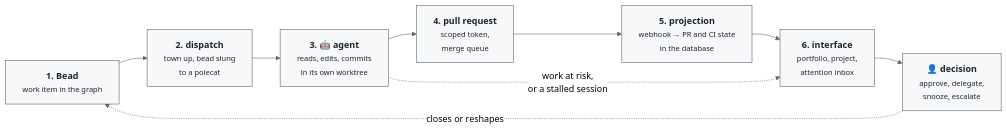
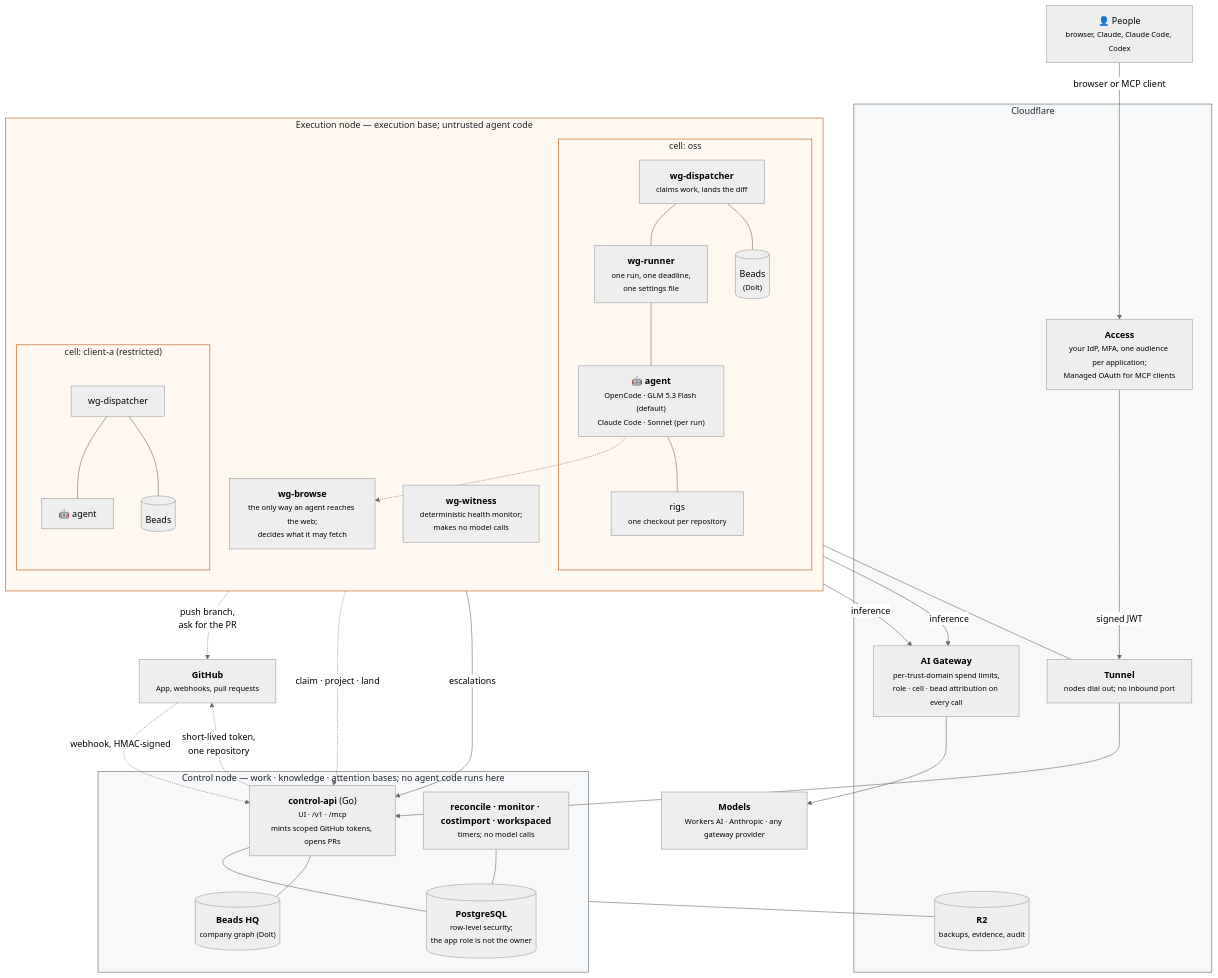
One commit to datopian/openbases changed the second of 2 diagrams in README.md. Above: the diagram before and after it, drawn with Mermaid (neutral theme). The commit also changed other lines of this file, not shown here.

First line of the commit message:
README: OpenBases, with the outdated and unverifiable parts fixed (#242)

````diff
--- a/README.md
+++ b/README.md
@@ -147,17 +118,68 @@
 ```mermaid
-flowchart LR
-    bead["<b>1. Bead</b><br/><small>work item in the graph</small>"]
-    sling["<b>2. dispatch</b><br/><small>town up, bead slung<br/>to a polecat</small>"]
-    agent["<b>3. 🤖 agent</b><br/><small>reads, edits, commits<br/>in its own worktree</small>"]
-    pr["<b>4. pull request</b><br/><small>scoped token,<br/>merge queue</small>"]
-    proj["<b>5. projection</b><br/><small>webhook → PR and CI state<br/>in the database</small>"]
-    ui["<b>6. interface</b><br/><small>portfolio, project,<br/>attention inbox</small>"]
-    human["👤 <b>decision</b><br/><small>approve, delegate,<br/>snooze, escalate</small>"]
+flowchart TB
+    person["👤 People<br/><small>browser, Claude, Claude Code, Codex</small>"]
 
-    bead --> sling --> agent --> pr --> proj --> ui --> human
-    human -.->|"closes or reshapes"| bead
-    agent -.->|"work at risk,<br/>or a stalled session"| ui
+    subgraph cf["Cloudflare"]
+        access["<b>Access</b><br/><small>your IdP, MFA, one audience per application;<br/>Managed OAuth for MCP clients</small>"]
+        tunnel["<b>Tunnel</b><br/><small>nodes dial out; no inbound port</small>"]
+        aigw["<b>AI Gateway</b><br/><small>per-trust-domain spend limits,<br/>role · cell · bead attribution on every call</small>"]
+        r2[("<b>R2</b><br/><small>backups, evidence, audit</small>")]
+    end
 
-    classDef step fill:#f6f8fa,stroke:#57606a,color:#1f2328
-    class bead,sling,agent,pr,proj,ui,human step
+    subgraph control["Control node — work · knowledge · attention bases; no agent code runs here"]
+        api["<b>control-api</b> (Go)<br/><small>UI · /v1 · /mcp<br/>mints scoped GitHub tokens, opens PRs</small>"]
+        pg[("<b>PostgreSQL</b><br/><small>row-level security;<br/>the app role is not the owner</small>")]
+        hq[("<b>Beads HQ</b><br/><small>company graph (Dolt)</small>")]
+        timers["<b>reconcile · monitor · costimport · workspaced</b><br/><small>timers; no model calls</small>"]
+    end
+
+    subgraph exec["Execution node — execution base; untrusted agent code"]
+        direction TB
+        subgraph cell1["cell: oss"]
+            disp1["<b>wg-dispatcher</b><br/><small>claims work, lands the diff</small>"]
+            run1["<b>wg-runner</b><br/><small>one run, one deadline,<br/>one settings file</small>"]
+            ag1["🤖 <b>agent</b><br/><small>OpenCode · GLM 5.3 Flash (default)<br/>Claude Code · Sonnet (per run)</small>"]
+            rigs1["rigs<br/><small>one checkout per repository</small>"]
+            bd1[("Beads<br/><small>(Dolt)</small>")]
+        end
+        subgraph cell2["cell: client-a (restricted)"]
+            disp2["wg-dispatcher"]
+            ag2["🤖 agent"]
+            bd2[("Beads")]
+        end
+        wit["<b>wg-witness</b><br/><small>deterministic health monitor;<br/>makes no model calls</small>"]
+        proxy["<b>wg-browse</b><br/><small>the only way an agent reaches the web;<br/>decides what it may fetch</small>"]
+    end
+
+    gh["<b>GitHub</b><br/><small>App, webhooks, pull requests</small>"]
+    models["<b>Models</b><br/><small>Workers AI · Anthropic · any gateway provider</small>"]
+
+    person -->|"browser or MCP client"| access
+    access -->|"signed JWT"| tunnel
+    tunnel --> api
+    api --- pg
+    api --- hq
+    timers --- pg
+
+    gh -.->|"webhook, HMAC-signed"| api
+    api -.->|"short-lived token,<br/>one repository"| gh
+    disp1 -.->|"push branch,<br/>ask for the PR"| gh
+    disp1 -.->|"claim · project · land"| api
+    ag1 & ag2 -->|"inference"| aigw
+    aigw --> models
+    ag1 -.-> proxy
+    disp1 --- run1 --- ag1
+    ag1 --- rigs1
+    disp1 --- bd1
+    disp2 --- ag2
+    disp2 --- bd2
+
+    wit -->|"escalations"| api
+    control --- r2
+    exec --- tunnel
+
+    classDef boundary fill:#f6f8fa,stroke:#57606a,color:#1f2328
+    classDef danger fill:#fff8f0,stroke:#bc4c00,color:#1f2328
+    class control,cf boundary
+    class exec,cell1,cell2 danger
 ```
````
